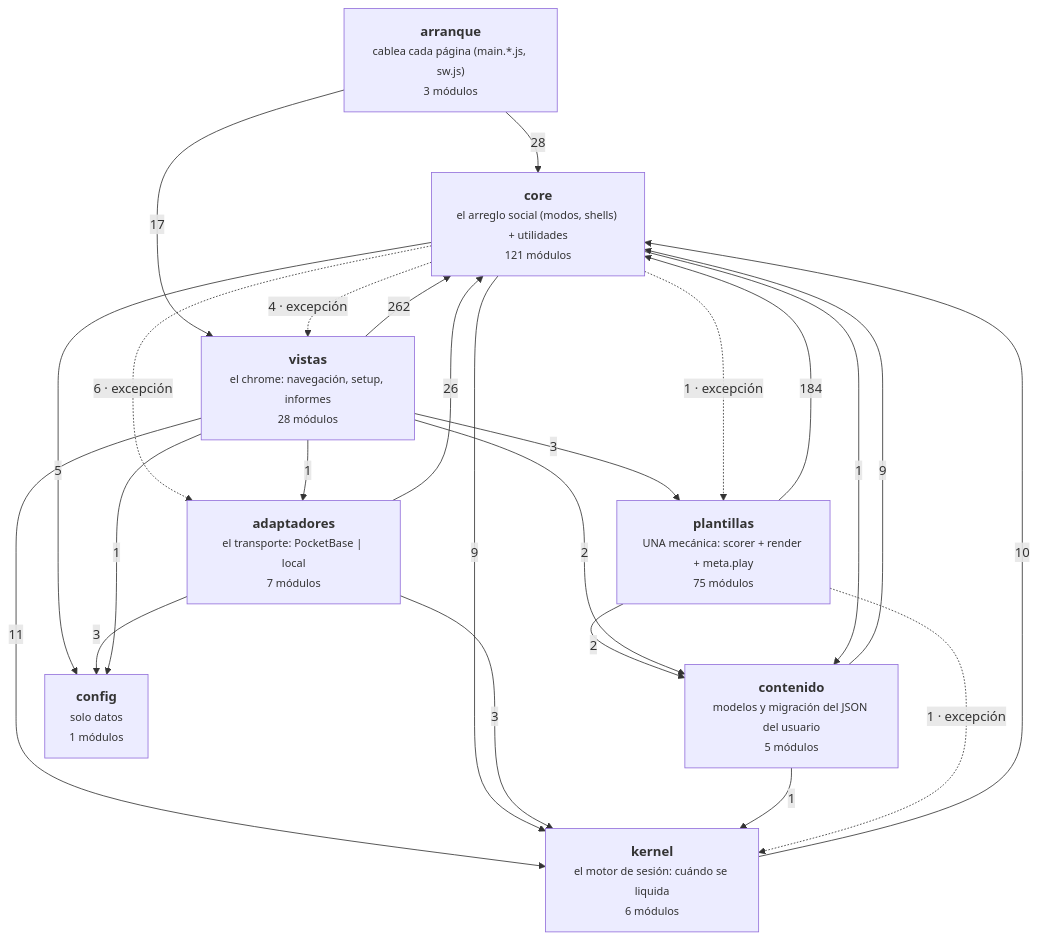
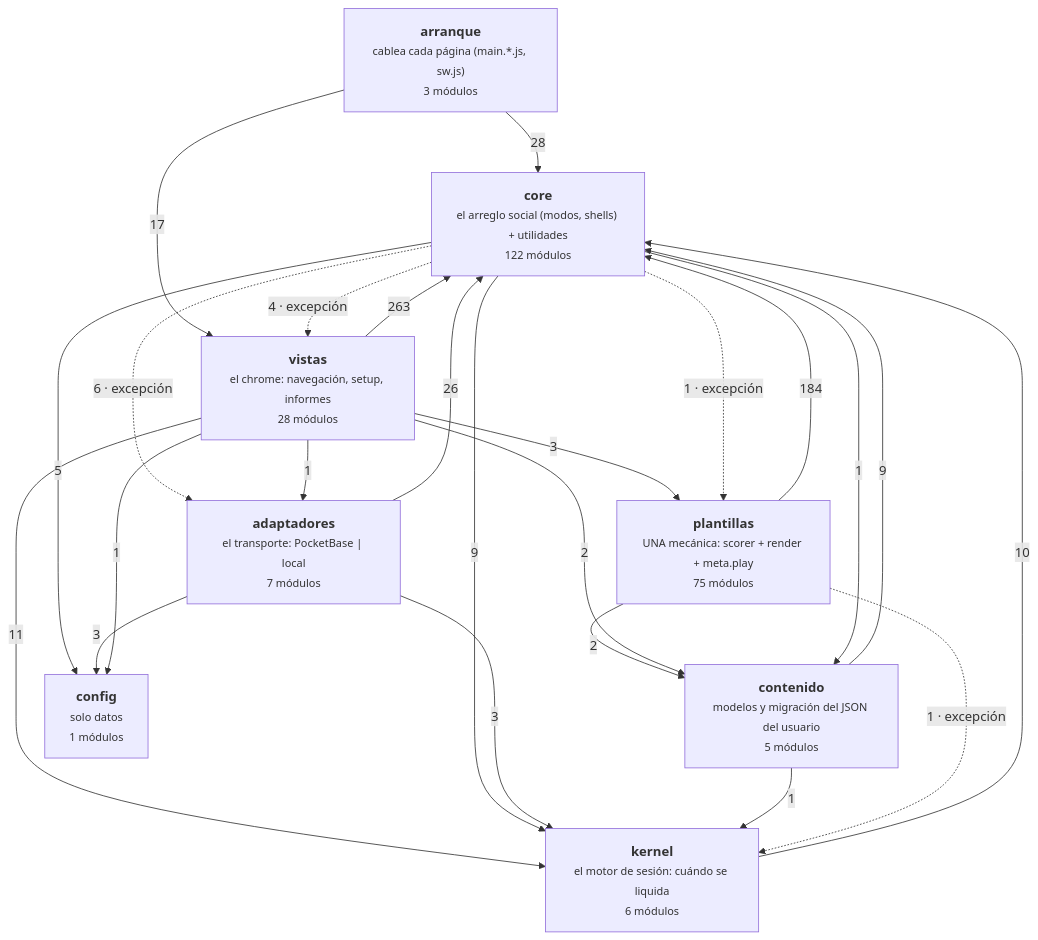
One commit to duecaz/ac changed the diagram in docs/arquitectura-modulos.md. Above: the diagram before and after it, drawn with Mermaid. The commit also changed other lines of this file and 4 other files, not shown here.

````diff
--- a/docs/arquitectura-modulos.md
+++ b/docs/arquitectura-modulos.md
@@ -54,34 +54,34 @@
 ```mermaid
 graph TD
   A["<b>arranque</b><br/><small>cablea cada página (main.*.js, sw.js)</small><br/><small>3 módulos</small>"]
   V["<b>vistas</b><br/><small>el chrome: navegación, setup, informes</small><br/><small>28 módulos</small>"]
   AD["<b>adaptadores</b><br/><small>el transporte: PocketBase | local</small><br/><small>7 módulos</small>"]
-  C["<b>core</b><br/><small>el arreglo social (modos, shells) + utilidades</small><br/><small>121 módulos</small>"]
+  C["<b>core</b><br/><small>el arreglo social (modos, shells) + utilidades</small><br/><small>122 módulos</small>"]
   K["<b>kernel</b><br/><small>el motor de sesión: cuándo se liquida</small><br/><small>6 módulos</small>"]
   T["<b>plantillas</b><br/><small>UNA mecánica: scorer + render + meta.play</small><br/><small>75 módulos</small>"]
   CO["<b>contenido</b><br/><small>modelos y migración del JSON del usuario</small><br/><small>5 módulos</small>"]
   CF["<b>config</b><br/><small>solo datos</small><br/><small>1 módulos</small>"]
-  V -->|262| C
+  V -->|263| C
   T -->|184| C
   A -->|28| C
   AD -->|26| C
   A -->|17| V
   V -->|11| K
   K -->|10| C
   C -->|9| K
   CO -->|9| C
   C -.->|6 · excepción| AD
   C -->|5| CF
   C -.->|4 · excepción| V
   AD -->|3| CF
   AD -->|3| K
   V -->|3| T
   T -->|2| CO
   V -->|2| CO
   C -.->|1 · excepción| T
   C -->|1| CO
   CO -->|1| K
   T -.->|1 · excepción| K
   V -->|1| AD
   V -->|1| CF
 ```
````
